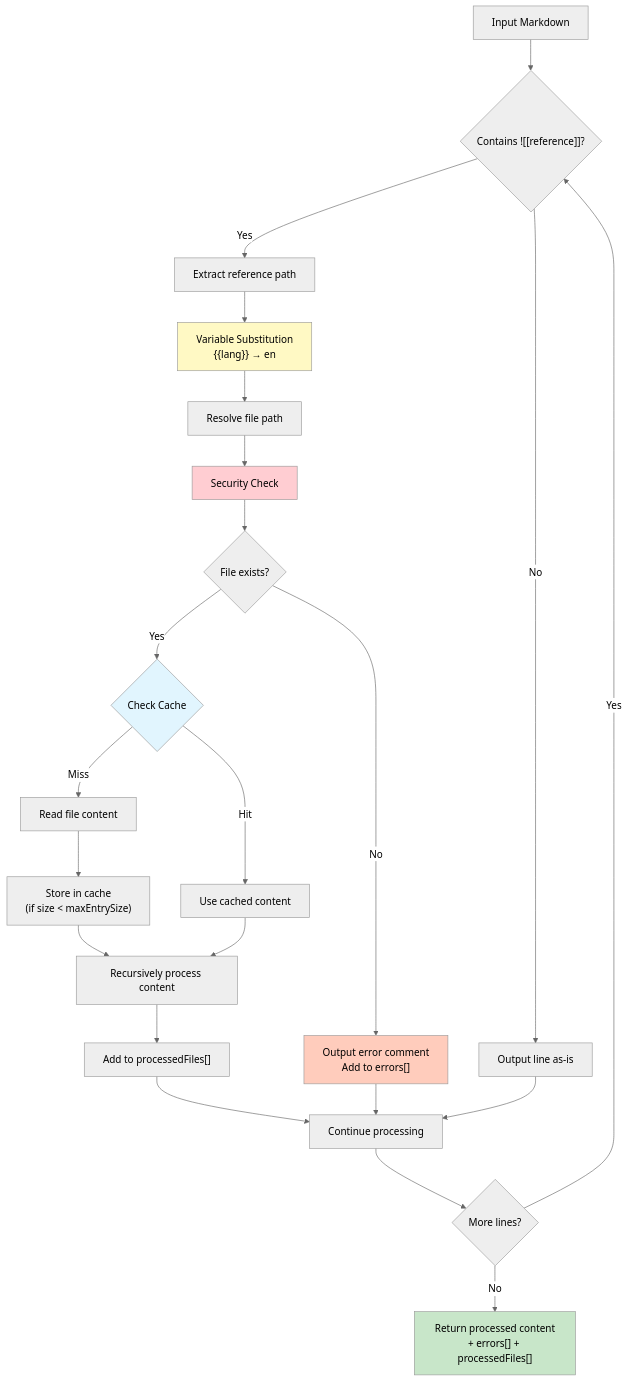
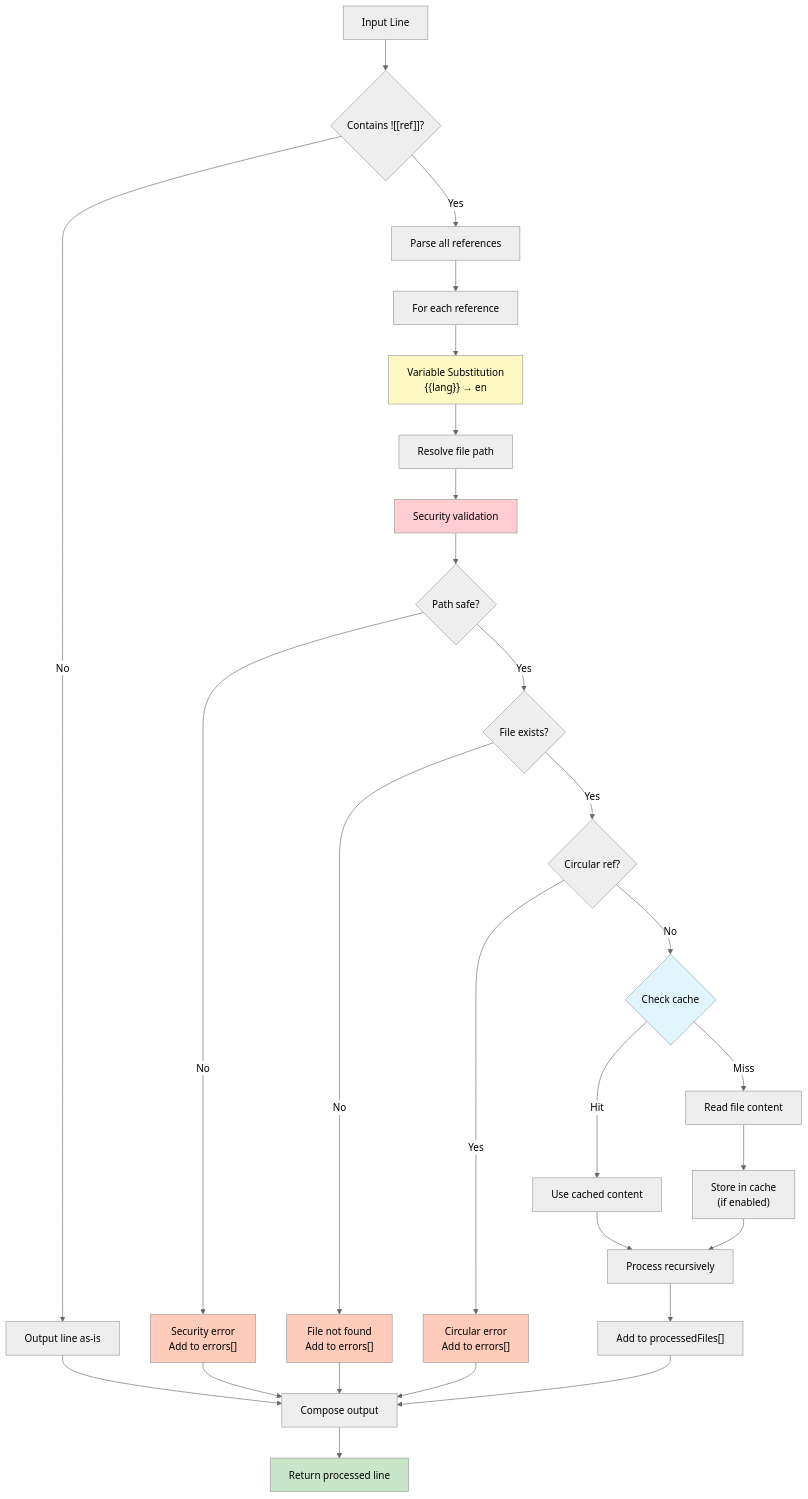
Before and after one commit to flyingrobots/markdown-transclusion: the fifth of 16 diagrams in docs/tech-plan.md, drawn with Mermaid (neutral theme). The commit also changed other lines of this file, not shown here.

First line of the commit message:
docs(tech): rewrite tech plan with full architectural overview

````diff
--- a/docs/tech-plan.md
+++ b/docs/tech-plan.md
@@ -49,36 +278,46 @@
 ```mermaid
 flowchart TD
-    A["Input Markdown"] --> B{"Contains ![[reference]]?"}
-    B -->|"Yes"| C["Extract reference path"]
+    A["Input Line"] --> B{"Contains ![[ref]]?"}
     B -->|"No"| H["Output line as-is"]
+    B -->|"Yes"| C["Parse all references"]
     
-    C --> VS["Variable Substitution<br/>{{lang}} → en"]
-    VS --> D["Resolve file path"]
-    D --> SEC["Security Check"]
-    SEC --> E{"File exists?"}
+    C --> D["For each reference"]
+    D --> VS["Variable Substitution<br/>{{lang}} → en"]
+    VS --> E["Resolve file path"]
+    E --> SEC["Security validation"]
     
-    E -->|"Yes"| CACHE{"Check Cache"}
-    E -->|"No"| G["Output error comment<br/>Add to errors[]"]
+    SEC --> F{"Path safe?"}
+    F -->|"No"| ERR["Security error<br/>Add to errors[]"]
+    F -->|"Yes"| G{"File exists?"}
+    
+    G -->|"No"| ERR2["File not found<br/>Add to errors[]"]
+    G -->|"Yes"| CIRC{"Circular ref?"}
+    
+    CIRC -->|"Yes"| ERR3["Circular error<br/>Add to errors[]"]
+    CIRC -->|"No"| CACHE{"Check cache"}
     
     CACHE -->|"Hit"| USE["Use cached content"]
-    CACHE -->|"Miss"| F["Read file content"]
+    CACHE -->|"Miss"| READ["Read file content"]
     
-    F --> STORE["Store in cache<br/>(if size < maxEntrySize)"]
-    STORE --> I["Recursively process content"]
-    USE --> I
+    READ --> STORE["Store in cache<br/>(if enabled)"]
+    STORE --> REC["Process recursively"]
+    USE --> REC
     
-    I --> PF["Add to processedFiles[]"]
-    PF --> J["Continue processing"]
+    REC --> TRACK["Add to processedFiles[]"]
+    TRACK --> COMP["Compose output"]
     
-    G --> J
-    H --> J
-    J --> K{"More lines?"}
-    K -->|"Yes"| B
-    K -->|"No"| L["Return processed content<br/>+ errors[] + processedFiles[]"]
+    ERR --> COMP
+    ERR2 --> COMP
+    ERR3 --> COMP
+    H --> COMP
+    
+    COMP --> OUT["Return processed line"]
     
     style VS fill:#fff9c4
     style SEC fill:#ffcdd2
     style CACHE fill:#e1f5fe
-    style G fill:#ffccbc
-    style L fill:#c8e6c9
+    style ERR fill:#ffccbc
+    style ERR2 fill:#ffccbc
+    style ERR3 fill:#ffccbc
+    style OUT fill:#c8e6c9
 ```
````
